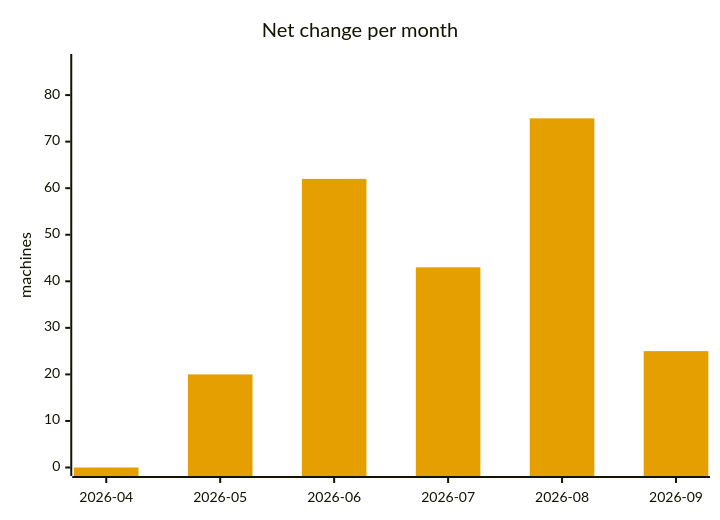
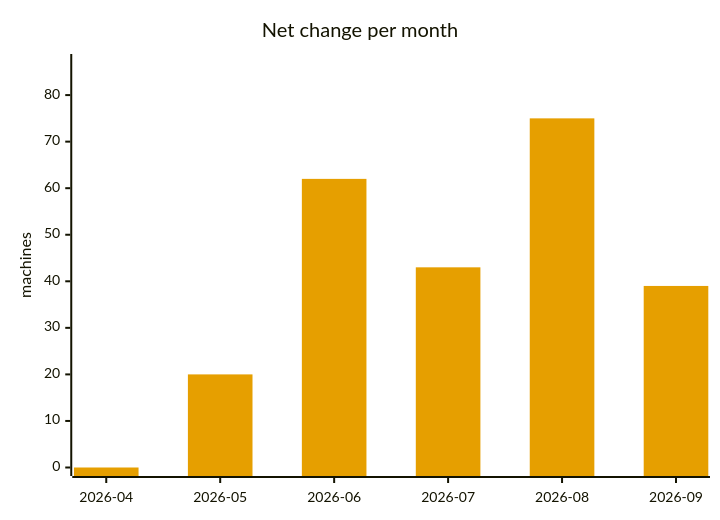
One commit to cheeaun/returnright-data changed the seventh of 7 diagrams in ANALYSIS.md. Above: the diagram before and after it, drawn with Mermaid. The commit also changed other lines of this file and 3 other files, not shown here.

````diff
--- a/ANALYSIS.md
+++ b/ANALYSIS.md
@@ -307,13 +308,13 @@
 ```mermaid
 ---
 config:
   themeVariables:
     xyChart:
       plotColorPalette: "#E69F00"
 ---
 xychart-beta
     title "Net change per month"
     x-axis ["2026-04", "2026-05", "2026-06", "2026-07", "2026-08", "2026-09"]
     y-axis "machines" 0 --> 87
-    bar [0, 20, 62, 43, 75, 25]
+    bar [0, 20, 62, 43, 75, 39]
 ```
````
